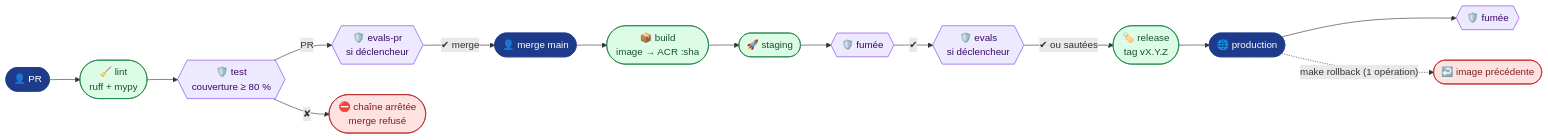
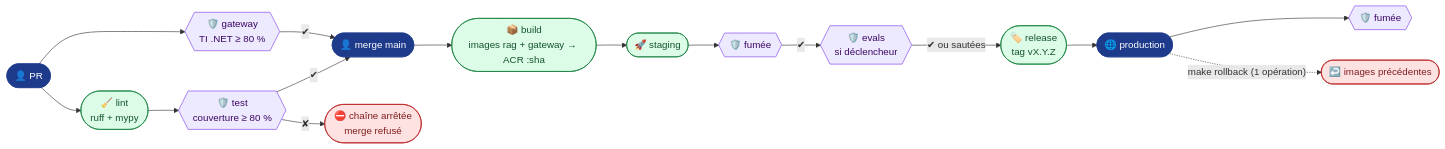
The diagram in README.md (acerolaz/agentinsurflow), drawn with Mermaid before and after one commit. The commit also changed other lines of this file and 5 other files, not shown here.

First line of the commit message:
docs: README et docs resynchronisés avec le monorepo (gateway + rag, 3 conteneurs, Etalab) (#26)

````diff
--- a/README.md
+++ b/README.md
@@ -10,17 +10,19 @@
 ```mermaid
 flowchart LR
     PR(["👤 PR"]) --> L(["🧹 lint<br/>ruff + mypy"]) --> T{{"🛡️ test<br/>couverture ≥ 80 %"}}
-    T -- "PR" --> EP{{"🛡️ evals-pr<br/>si déclencheur"}} -- "✔ merge" --> M(["👤 merge main"])
-    M --> B(["📦 build<br/>image → ACR :sha"]) --> S(["🚀 staging"]) --> FS{{"🛡️ fumée"}}
+    PR --> G{{"🛡️ gateway<br/>TI .NET ≥ 80 %"}}
+    T -- "✔" --> M(["👤 merge main"])
+    G -- "✔" --> M
+    M --> B(["📦 build<br/>images rag + gateway → ACR :sha"]) --> S(["🚀 staging"]) --> FS{{"🛡️ fumée"}}
     FS -- "✔" --> EV{{"🛡️ evals<br/>si déclencheur"}} -- "✔ ou sautées" --> R(["🏷️ release<br/>tag vX.Y.Z"]) --> P(["🌐 production"]) --> FP{{"🛡️ fumée"}}
     T -- "✘" --> X(["⛔ chaîne arrêtée<br/>merge refusé"])
-    P -. "make rollback (1 opération)" .-> RB(["↩️ image précédente"])
+    P -. "make rollback (1 opération)" .-> RB(["↩️ images précédentes"])
     classDef plat fill:#1E3A8A,stroke:#1E3A8A,color:#fff
     classDef ok fill:#DCFCE7,stroke:#15803D,color:#14532D
     classDef ko fill:#FEE2E2,stroke:#B91C1C,color:#7F1D1D
     classDef gate fill:#EDE9FE,stroke:#7C3AED,color:#3B0764
     class PR,M,P plat
     class L,B,S,R ok
     class X,RB ko
-    class T,EP,FS,EV,FP gate
+    class T,G,FS,EV,FP gate
 ```
````
